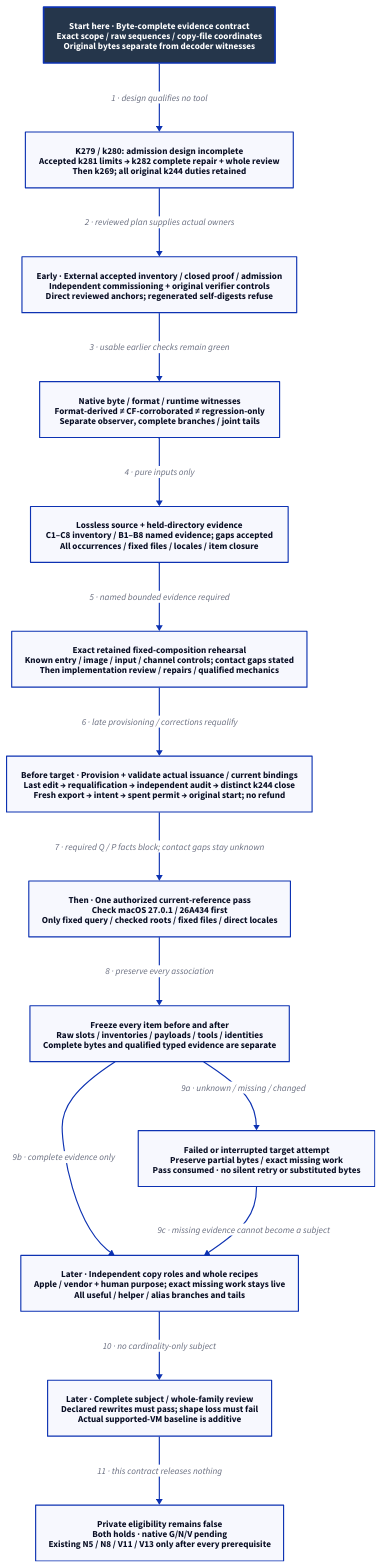
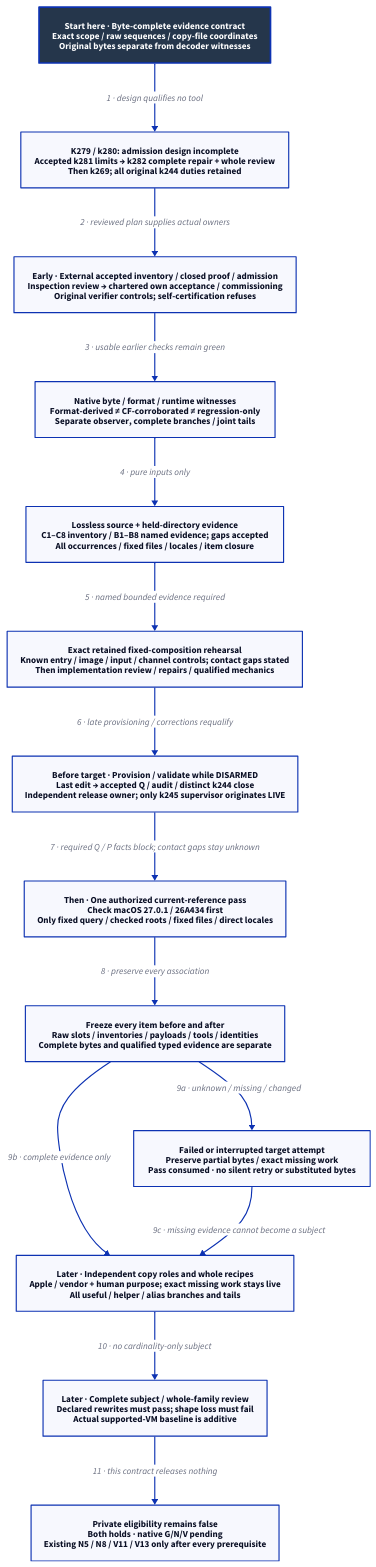
One commit to Linkuistics/Koine changed the diagram in docs/design/architecture/native-reference-evidence.d2. Above: the diagram before and after it, drawn with D2. The commit also changed 29 other files, not shown here.

Commit message:
Define independent LIVE release and chartered acceptance (reference-evidence-live-acceptance-k285)

```diff
--- a/docs/design/architecture/native-reference-evidence.d2
+++ b/docs/design/architecture/native-reference-evidence.d2
@@ -1,31 +1,31 @@
 # Admission repair design; mandatory review and replanning precede unbuilt qualification.
 direction: down
 classes: {
   start: {style: {fill: "#25364B"; font-color: "#FFFFFF"; bold: true; stroke-width: 3}}
 }
 Start: "Start here · Byte-complete evidence contract\nExact scope / raw sequences / copy-file coordinates\nOriginal bytes separate from decoder witnesses" {class: start}
 Plan: "K279 / k280: admission design incomplete\nAccepted k281 limits → k282 complete repair + whole review\nThen k269; all original k244 duties retained"
-Replay: "Early · External accepted inventory / closed proof / admission\nIndependent commissioning + original verifier controls\nDirect reviewed anchors; regenerated self-digests refuse"
+Replay: "Early · External accepted inventory / closed proof / admission\nInspection review → chartered own acceptance / commissioning\nOriginal verifier controls; self-certification refuses"
 Decode: "Native byte / format / runtime witnesses\nFormat-derived ≠ CF-corroborated ≠ regression-only\nSeparate observer, complete branches / joint tails"
 Source: "Lossless source + held-directory evidence\nC1–C8 inventory / B1–B8 named evidence; gaps accepted\nAll occurrences / fixed files / locales / item closure"
 Pure: "Exact retained fixed-composition rehearsal\nKnown entry / image / input / channel controls; contact gaps stated\nThen implementation review / repairs / qualified mechanics"
-Authority: "Before target · Provision + validate actual issuance / current bindings\nLast edit → requalification → independent audit → distinct k244 close\nFresh export → intent → spent permit → original start; no refund"
+Authority: "Before target · Provision / validate while DISARMED\nLast edit → accepted Q / audit / distinct k244 close\nIndependent release owner; only k245 supervisor originates LIVE"
 Pass: "Then · One authorized current-reference pass\nCheck macOS 27.0.1 / 26A434 first\nOnly fixed query / checked roots / fixed files / direct locales"
 Closure: "Freeze every item before and after\nRaw slots / inventories / payloads / tools / identities\nComplete bytes and qualified typed evidence are separate"
 Failed: "Failed or interrupted target attempt\nPreserve partial bytes / exact missing work\nPass consumed · no silent retry or substituted bytes"
 Roles: "Later · Independent copy roles and whole recipes\nApple / vendor + human purpose; exact missing work stays live\nAll useful / helper / alias branches and tails"
 Review: "Later · Complete subject / whole-family review\nDeclared rewrites must pass; shape loss must fail\nActual supported-VM baseline is additive"
 Hold: "Private eligibility remains false\nBoth holds · native G/N/V pending\nExisting N5 / N8 / V11 / V13 only after every prerequisite"
 Start -> Plan: "1 · design qualifies no tool"
 Plan -> Replay: "2 · reviewed plan supplies actual owners"
 Replay -> Decode: "3 · usable earlier checks remain green"
 Decode -> Source: "4 · pure inputs only"
 Source -> Pure: "5 · named bounded evidence required"
 Pure -> Authority: "6 · late provisioning / corrections requalify"
 Authority -> Pass: "7 · required Q / P facts block; contact gaps stay unknown"
 Pass -> Closure: "8 · preserve every association"
 Closure -> Failed: "9a · unknown / missing / changed"
 Closure -> Roles: "9b · complete evidence only"
 Failed -> Roles: "9c · missing evidence cannot become a subject"
 Roles -> Review: "10 · no cardinality-only subject"
 Review -> Hold: "11 · this contract releases nothing"
```
